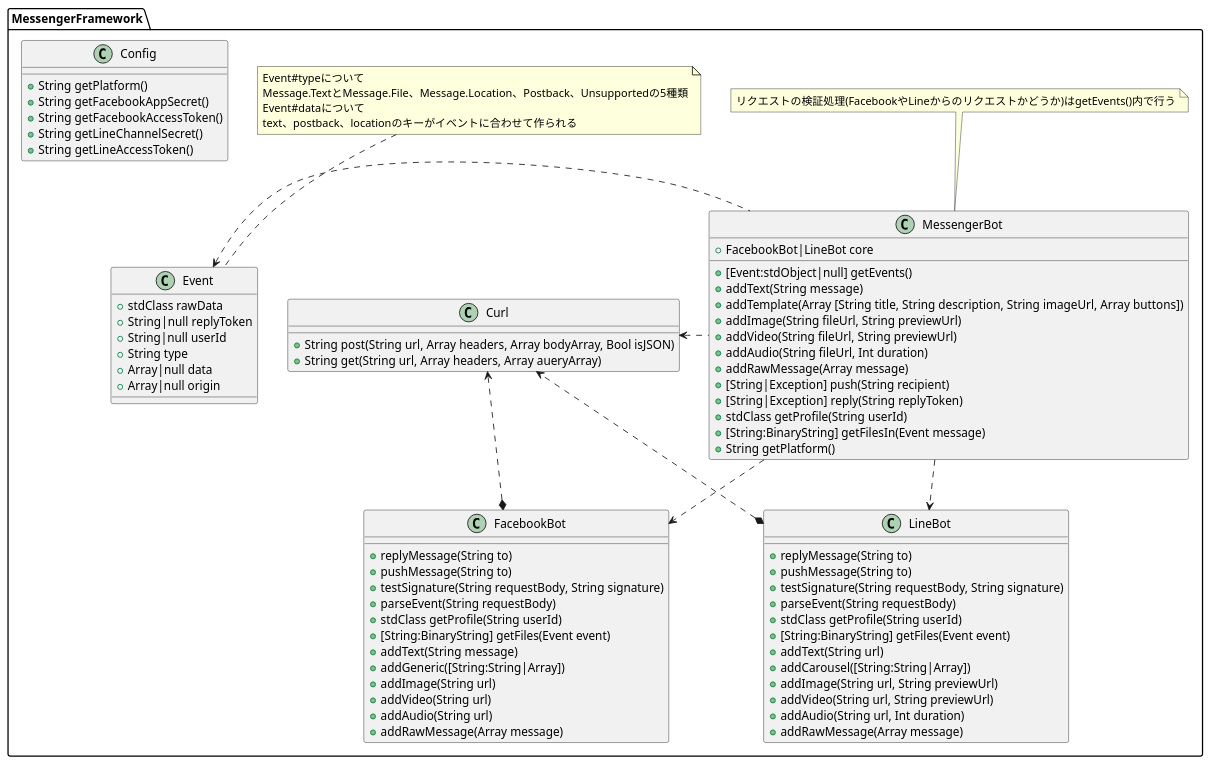
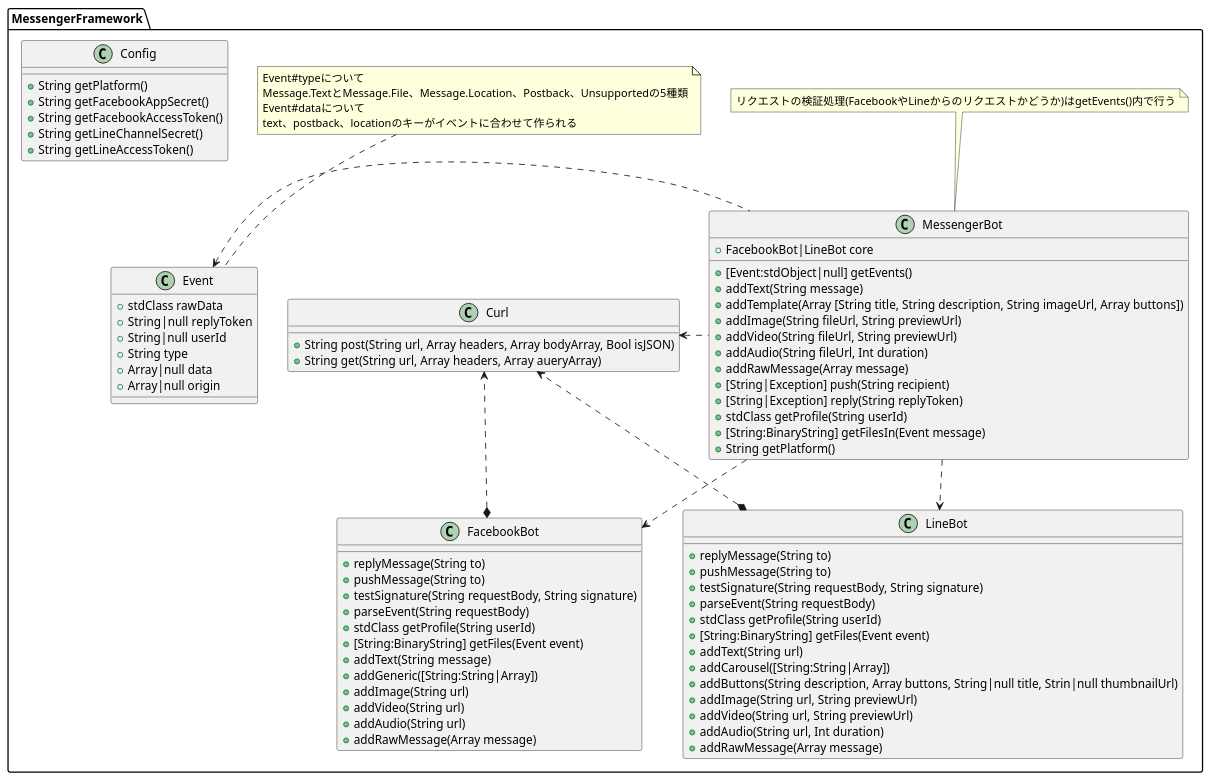
The diagram in docs/class-spec.puml (genies-inc/messenger-framework), drawn with PlantUML before and after one commit. The commit also changed 3 other files, not shown here.

```diff
--- a/docs/class-spec.puml
+++ b/docs/class-spec.puml
@@ -1,97 +1,98 @@
 @startuml
 
 namespace MessengerFramework {
 
   class Event {
     + stdClass rawData
     + String|null replyToken
     + String|null userId
     + String type
     + Array|null data
     + Array|null origin
   }
 
   note top of Event
     Event#typeについて
     Message.TextとMessage.File、Message.Location、Postback、Unsupportedの5種類
     Event#dataについて
     text、postback、locationのキーがイベントに合わせて作られる
   end note
 
   class MessengerBot {
     + FacebookBot|LineBot core
     + [Event:stdObject|null] getEvents()
     + addText(String message)
     + addTemplate(Array [String title, String description, String imageUrl, Array buttons])
     + addImage(String fileUrl, String previewUrl)
     + addVideo(String fileUrl, String previewUrl)
     + addAudio(String fileUrl, Int duration)
     + addRawMessage(Array message)
     + [String|Exception] push(String recipient)
     + [String|Exception] reply(String replyToken)
     + stdClass getProfile(String userId)
     + [String:BinaryString] getFilesIn(Event message)
     + String getPlatform()
   }
 
   note top of MessengerBot
     リクエストの検証処理(FacebookやLineからのリクエストかどうか)はgetEvents()内で行う
   end note
 
   class FacebookBot {
     + replyMessage(String to)
     + pushMessage(String to)
     + testSignature(String requestBody, String signature)
     + parseEvent(String requestBody)
     + stdClass getProfile(String userId)
     + [String:BinaryString] getFiles(Event event)
     + addText(String message)
     + addGeneric([String:String|Array])
     + addImage(String url)
     + addVideo(String url)
     + addAudio(String url)
     + addRawMessage(Array message)
   }
 
   class LineBot {
     + replyMessage(String to)
     + pushMessage(String to)
     + testSignature(String requestBody, String signature)
     + parseEvent(String requestBody)
     + stdClass getProfile(String userId)
     + [String:BinaryString] getFiles(Event event)
     + addText(String url)
     + addCarousel([String:String|Array])
+    + addButtons(String description, Array buttons, String|null title, Strin|null thumbnailUrl)
     + addImage(String url, String previewUrl)
     + addVideo(String url, String previewUrl)
     + addAudio(String url, Int duration)
     + addRawMessage(Array message)
   }
 
   class Curl {
     + String post(String url, Array headers, Array bodyArray, Bool isJSON)
     + String get(String url, Array headers, Array aueryArray)
   }
 
   class Config {
     + String getPlatform()
     + String getFacebookAppSecret()
     + String getFacebookAccessToken()
     + String getLineChannelSecret()
     + String getLineAccessToken()
   }
 
 }
 
 ' MessengerFramework内の関連
 
 MessengerFramework.MessengerBot .d.> MessengerFramework.FacebookBot
 MessengerFramework.MessengerBot .d.> MessengerFramework.LineBot
 MessengerFramework.MessengerBot .l.> MessengerFramework.Curl
 MessengerFramework.MessengerBot .l.> MessengerFramework.Event
 
 MessengerFramework.FacebookBot *..> MessengerFramework.Curl
 
 MessengerFramework.LineBot *..> MessengerFramework.Curl
 
 @enduml
```
